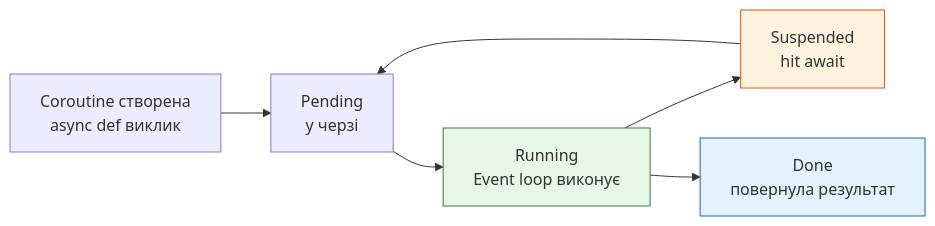
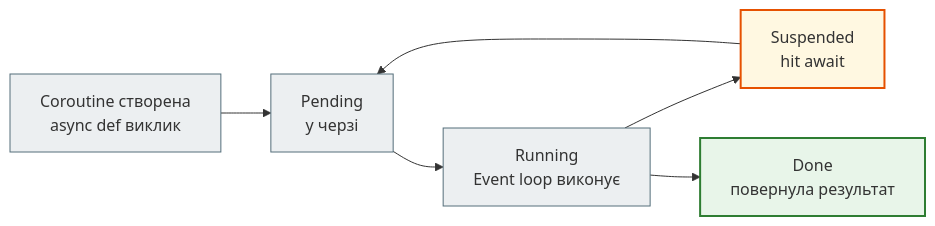
One commit to NikoriakViktot/notes_chat_app changed the second of 3 diagrams in docs/09_async_and_realtime/async_02_asyncio_full.md. Above: the diagram before and after it, drawn with Mermaid. The commit also changed other lines of this file and 441 other files, not shown here.

First line of the commit message:
Add English version of the book, Mermaid standard, docs fixes

````diff
--- a/docs/09_async_and_realtime/async_02_asyncio_full.md
+++ b/docs/09_async_and_realtime/async_02_asyncio_full.md
@@ -99,12 +104,15 @@
 ```mermaid
 graph LR
-    A[Coroutine створена\nasync def виклик] --> B[Pending\nу черзі]
-    B --> C[Running\nEvent loop виконує]
-    C --> D[Suspended\nhit await]
+    A["Coroutine створена<br>async def виклик"] --> B["Pending<br>у черзі"]
+    B --> C["Running<br>Event loop виконує"]
+    C --> D["Suspended<br>hit await"]
     D --> B
-    C --> E[Done\nповернула результат]
+    C --> E["Done<br>повернула результат"]
 
-    style C fill:#e8f5e9,stroke:#2e7d32
-    style D fill:#fff3e0,stroke:#e65100
-    style E fill:#e3f2fd,stroke:#1565c0
+    classDef step     fill:#eceff1,stroke:#546e7a,stroke-width:1px;
+    classDef success  fill:#e8f5e9,stroke:#2e7d32,stroke-width:2px;
+    classDef warning  fill:#fff8e1,stroke:#e65100,stroke-width:2px;
+    class A,B,C step;
+    class E success;
+    class D warning;
 ```
````
